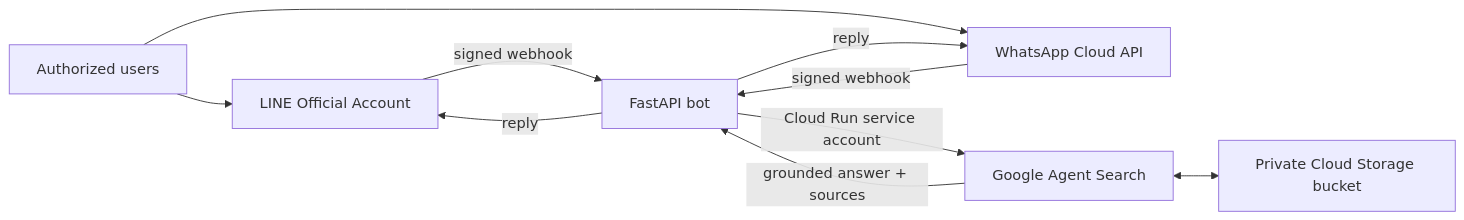
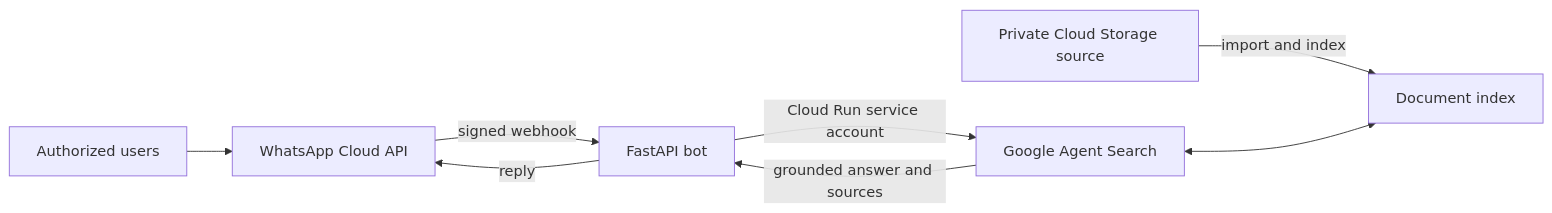
One commit to gracemkuo/enterprise-knowledge-assistant-line changed the diagram in README.md. Above: the diagram before and after it, drawn with Mermaid. The commit also changed other lines of this file and 16 other files, not shown here.

````diff
--- a/README.md
+++ b/README.md
@@ -36,12 +60,10 @@
 ```mermaid
 flowchart LR
-    U[Authorized users] --> L[LINE Official Account]
-    U --> W[WhatsApp Cloud API]
-    L -->|signed webhook| B[FastAPI bot]
-    W -->|signed webhook| B
+    U[Authorized users] --> W[WhatsApp Cloud API]
+    W -->|signed webhook| B[FastAPI bot]
     B -->|Cloud Run service account| S[Google Agent Search]
-    S <--> D[Private Cloud Storage bucket]
-    S -->|grounded answer + sources| B
-    B -->|reply| L
+    D[Private Cloud Storage source] -->|import and index| I[Document index]
+    S <--> I
+    S -->|grounded answer and sources| B
     B -->|reply| W
 ```
````
